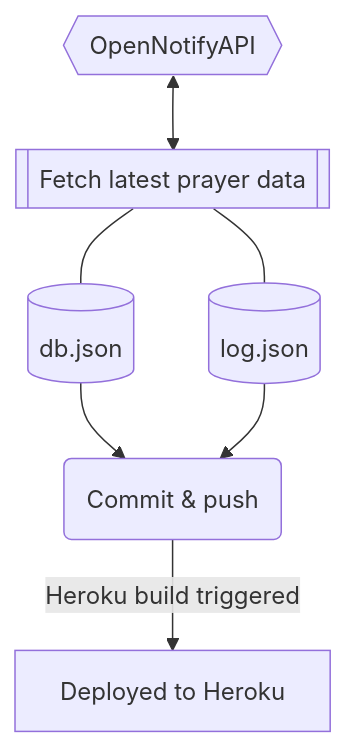
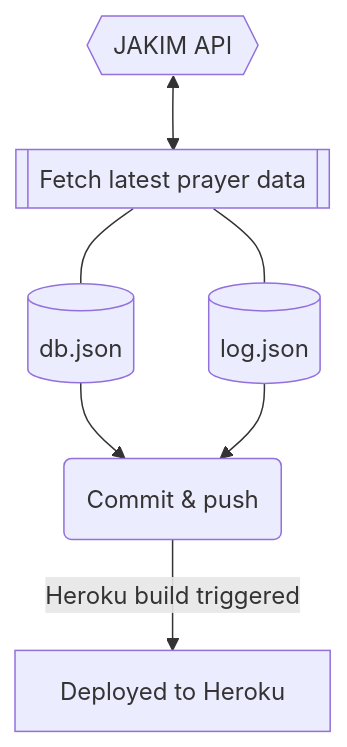
One commit to iqfareez/mpt-backup-api changed the diagram in README.md. Above: the diagram before and after it, drawn with Mermaid. The commit also changed other lines of this file, not shown here.

Commit message:
:memo: Update README

````diff
--- a/README.md
+++ b/README.md
@@ -44,7 +44,7 @@
 ```mermaid
 flowchart TD
-    A{{OpenNotifyAPI}}
+    A{{JAKIM API}}
     A <--> C
     C[[Fetch latest prayer data]] --- D[(db.json)] & E[(log.json)] --> F(Commit & push)
     F -->|Heroku build triggered| G[Deployed to Heroku]
 ```
````
